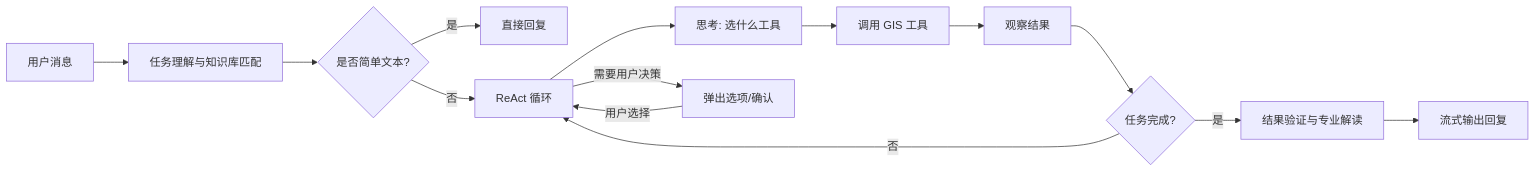
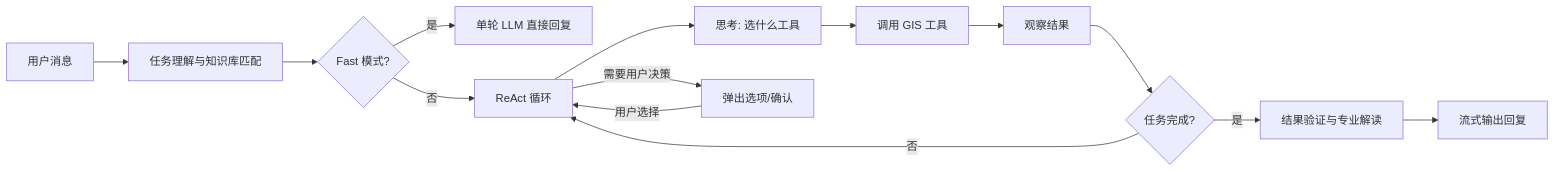
The second of 2 diagrams in README.md (Wukeeeeee/GIS-WORKTABLE), drawn with Mermaid before and after one commit. The commit also changed other lines of this file and 38 other files, not shown here.

````diff
--- a/README.md
+++ b/README.md
@@ -125,16 +134,16 @@
 ```mermaid
 graph LR
     A[用户消息] --> B[任务理解与知识库匹配]
-    B --> C{是否简单文本?}
-    C -->|是| D[直接回复]
+    B --> C{Fast 模式?}
+    C -->|是| D[单轮 LLM 直接回复]
     C -->|否| E[ReAct 循环]
     E --> F[思考: 选什么工具]
     F --> G[调用 GIS 工具]
     G --> H[观察结果]
     H --> I{任务完成?}
     I -->|否| E
     I -->|是| J[结果验证与专业解读]
     J --> K[流式输出回复]
     E -->|需要用户决策| L[弹出选项/确认]
     L -->|用户选择| E
 ```
````
